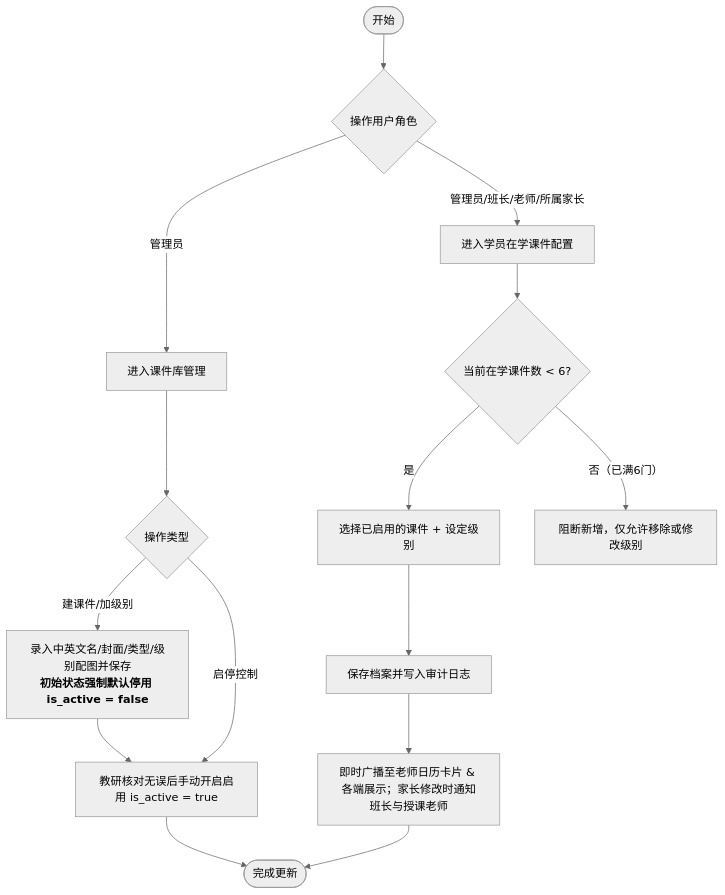
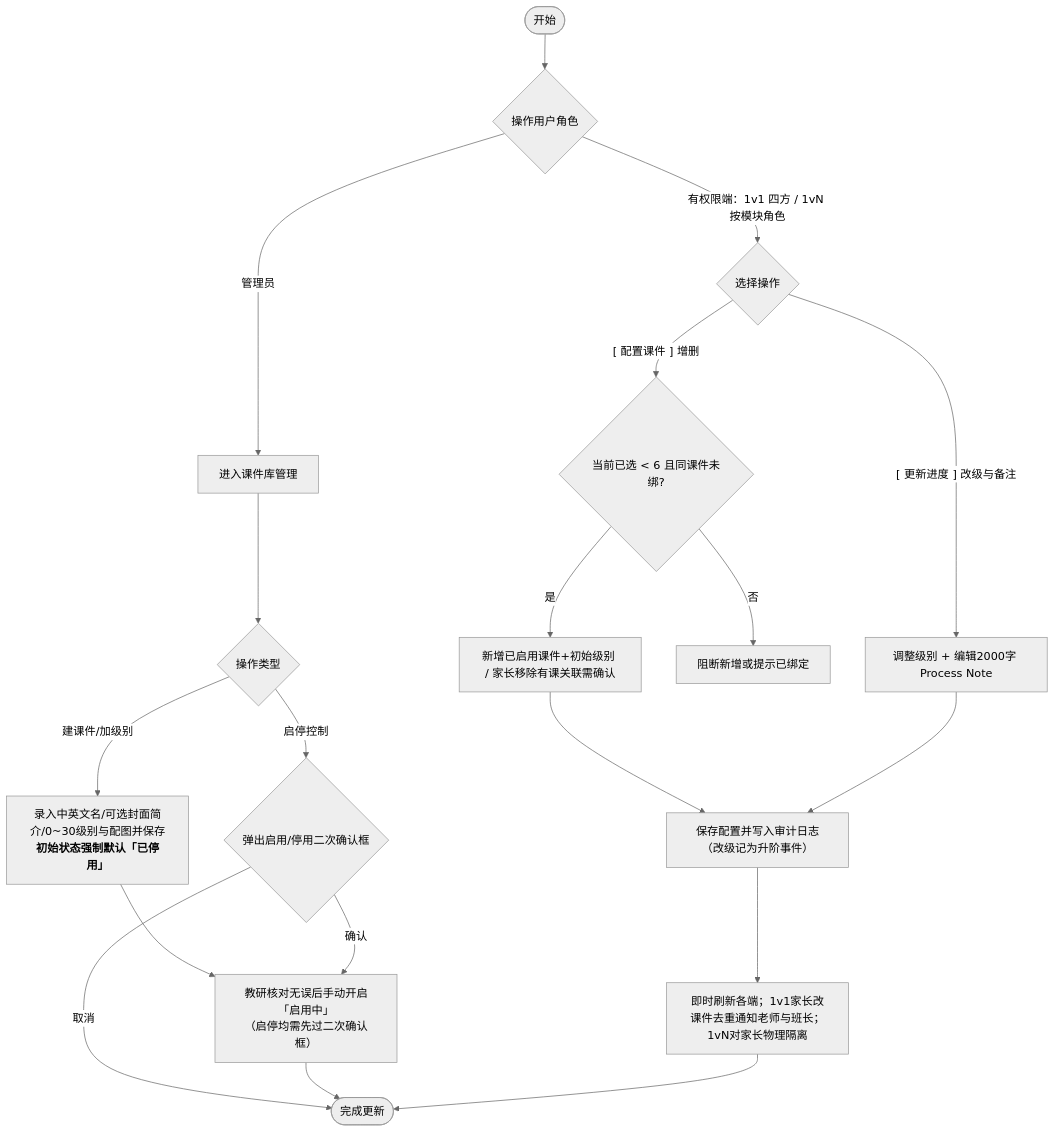
The fifth of 5 diagrams in docs/prd/m1e_courseware.md (Onezao/dream), drawn with Mermaid (neutral theme) before and after one commit. The commit also changed other lines of this file and 38 other files, not shown here.

````diff
--- a/docs/prd/m1e_courseware.md
+++ b/docs/prd/m1e_courseware.md
@@ -264,20 +335,24 @@
 ```mermaid
 flowchart TD
     Start([开始]) --> RoleCheck{操作用户角色}
     
     RoleCheck -->|管理员| ManageMaster[进入课件库管理]
     ManageMaster --> MasterOp{操作类型}
-    MasterOp -->|建课件/加级别| SaveMaster[录入中英文名/封面/类型/级别配图并保存<br/><b>初始状态强制默认停用 is_active = false</b>]
-    SaveMaster --> ToggleMaster[教研核对无误后手动开启启用 is_active = true]
-    MasterOp -->|启停控制| ToggleMaster
+    MasterOp -->|建课件/加级别| SaveMaster[录入中英文名/可选封面简介/0~30级别与配图并保存<br/><b>初始状态强制默认「已停用」</b>]
+    SaveMaster --> ToggleMaster[教研核对无误后手动开启「启用中」<br/>（启停均需先过二次确认框）]
+    MasterOp -->|启停控制| ConfirmMasterToggle{弹出启用/停用二次确认框}
+    ConfirmMasterToggle -->|取消| EndFlow([完成更新])
+    ConfirmMasterToggle -->|确认| ToggleMaster
     
-    RoleCheck -->|管理员/班长/老师/所属家长| ConfigStudent[进入学员在学课件配置]
-    ConfigStudent --> CheckLimit{当前在学课件数 < 6?}
-    CheckLimit -->|是| AddOrUpdate[选择已启用的课件 + 设定级别]
-    CheckLimit -->|否（已满6门）| BlockAdd[阻断新增，仅允许移除或修改级别]
-    AddOrUpdate --> SaveProfile[保存档案并写入审计日志]
+    RoleCheck -->|有权限端：1v1 四方 / 1vN 按模块角色| ConfigObj{"选择操作"}
+    ConfigObj -->|"[ 配置课件 ] 增删"| CheckLimit{"当前已选 < 6 且同课件未绑?"}
+    CheckLimit -->|是| AddOrRemove[新增已启用课件+初始级别 / 家长移除有课关联需确认]
+    CheckLimit -->|否| BlockAdd[阻断新增或提示已绑定]
+    ConfigObj -->|"[ 更新进度 ] 改级与备注"| EditProgress[调整级别 + 编辑2000字 Process Note]
+    AddOrRemove --> SaveProfile[保存配置并写入审计日志（改级记为升阶事件）]
+    EditProgress --> SaveProfile
     
     ToggleMaster --> EndFlow([完成更新])
-    SaveProfile --> SyncDownstream[即时广播至老师日历卡片 & 各端展示；家长修改时通知班长与授课老师]
+    SaveProfile --> SyncDownstream[即时刷新各端；1v1家长改课件去重通知老师与班长；1vN对家长物理隔离]
     SyncDownstream --> EndFlow
 ```
````
